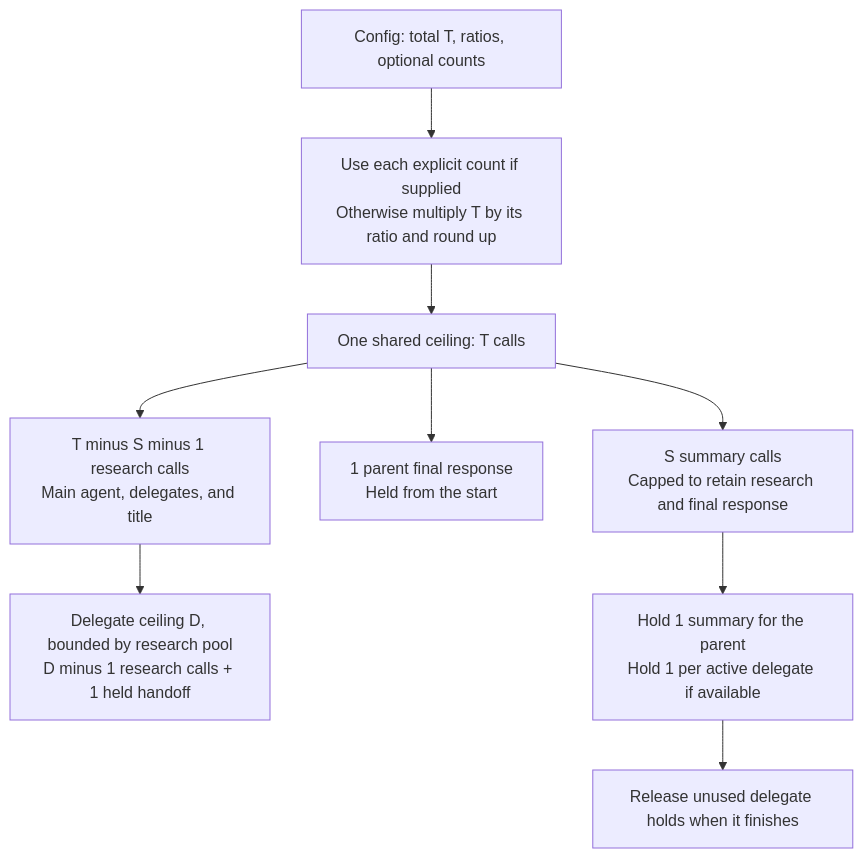
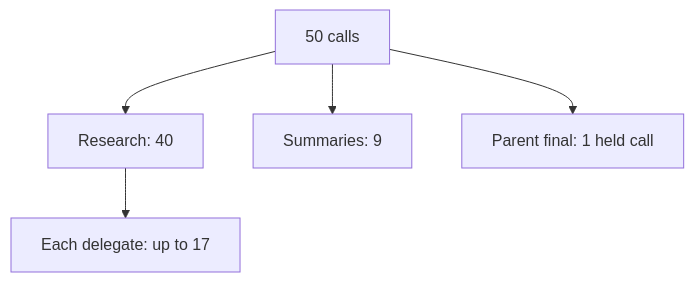
One commit to parth-shastri/theos changed the first of 3 diagrams in docs/runtime/call-budgets.md. Above: the diagram before and after it, drawn with Mermaid. The commit also changed other lines of this file and 1 other file, not shown here.

Commit message:
Simplify the budget diagram and separate its explanation

````diff
--- a/docs/runtime/call-budgets.md
+++ b/docs/runtime/call-budgets.md
@@ -21,11 +22,7 @@
 ```mermaid
 flowchart TD
-    Config["Config: total T, ratios, optional counts"] --> Resolve["Use each explicit count if supplied<br/>Otherwise multiply T by its ratio and round up"]
-    Resolve --> Total["One shared ceiling: T calls"]
-    Total --> Summaries["S summary calls<br/>Capped to retain research and final response"]
-    Total --> Answer["1 parent final response<br/>Held from the start"]
-    Total --> Research["T minus S minus 1 research calls<br/>Main agent, delegates, and title"]
-    Research --> Child["Delegate ceiling D, bounded by research pool<br/>D minus 1 research calls + 1 held handoff"]
-    Summaries --> Held["Hold 1 summary for the parent<br/>Hold 1 per active delegate if available"]
-    Held --> Released["Release unused delegate holds when it finishes"]
+    Total["50 calls"] --> Research["Research: 40"]
+    Total --> Summaries["Summaries: 9"]
+    Total --> Final["Parent final: 1 held call"]
+    Research --> Delegate["Each delegate: up to 17"]
 ```
````
